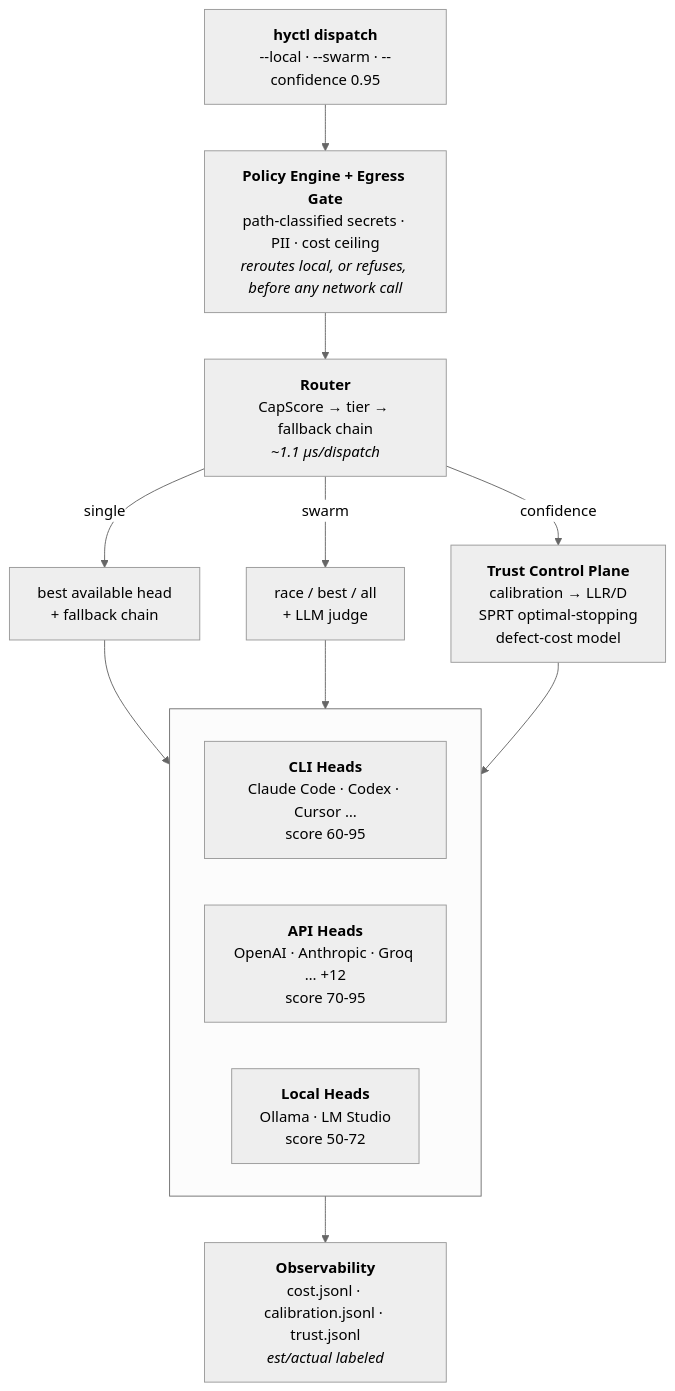
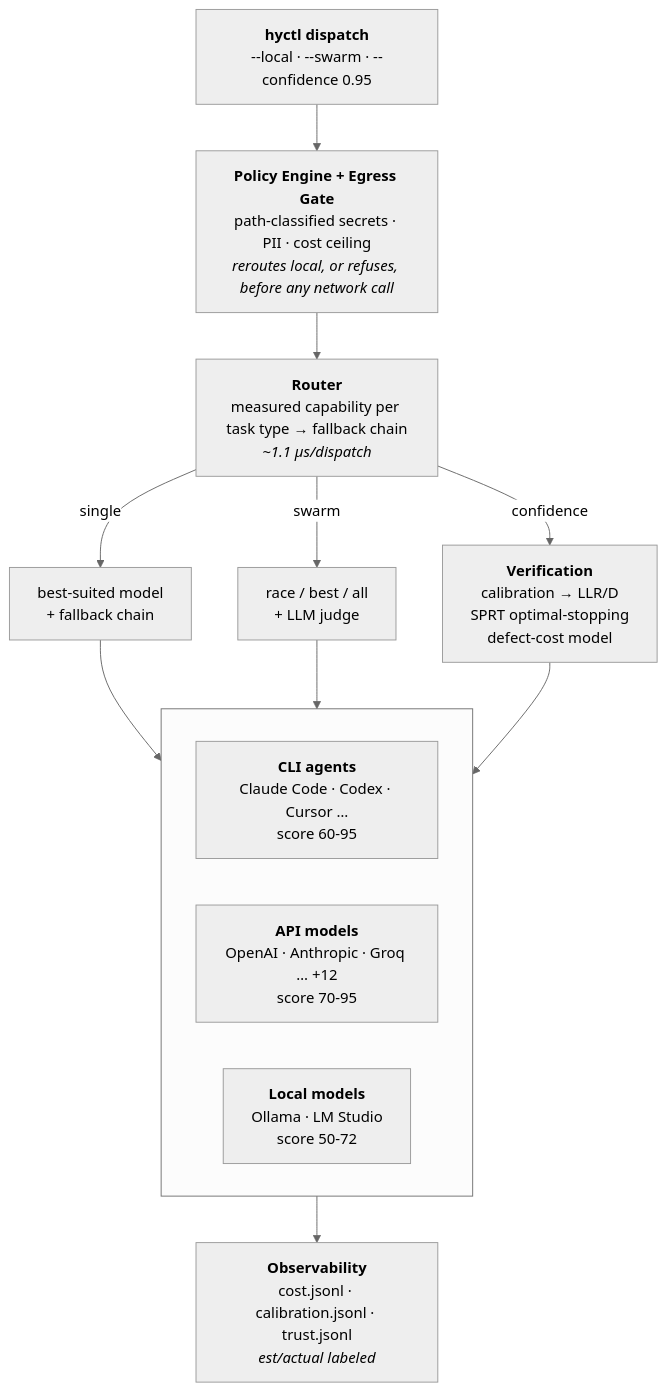
One commit to ankit373/hydra changed the diagram in README.md. Above: the diagram before and after it, drawn with Mermaid (neutral theme). The commit also changed other lines of this file and 39 other files, not shown here.

````diff
--- a/README.md
+++ b/README.md
@@ -78,22 +81,22 @@
 ```mermaid
 flowchart TD
     A["<b>hyctl dispatch</b><br/>--local · --swarm · --confidence 0.95"] --> B
     B["<b>Policy Engine + Egress Gate</b><br/>path-classified secrets · PII · cost ceiling<br/><i>reroutes local, or refuses, before any network call</i>"] --> C
-    C["<b>Router</b><br/>CapScore → tier → fallback chain<br/><i>~1.1 µs/dispatch</i>"]
+    C["<b>Router</b><br/>measured capability per task type → fallback chain<br/><i>~1.1 µs/dispatch</i>"]
 
-    C -->|single| E["best available head<br/>+ fallback chain"]
+    C -->|single| E["best-suited model<br/>+ fallback chain"]
     C -->|swarm| F["race / best / all<br/>+ LLM judge"]
-    C -->|confidence| G["<b>Trust Control Plane</b><br/>calibration → LLR/D<br/>SPRT optimal-stopping<br/>defect-cost model"]
+    C -->|confidence| G["<b>Verification</b><br/>calibration → LLR/D<br/>SPRT optimal-stopping<br/>defect-cost model"]
 
     subgraph Heads [" "]
         direction LR
-        CLI["<b>CLI Heads</b><br/>Claude Code · Codex · Cursor …<br/>score 60-95"]
-        API["<b>API Heads</b><br/>OpenAI · Anthropic · Groq … +12<br/>score 70-95"]
-        LOC["<b>Local Heads</b><br/>Ollama · LM Studio<br/>score 50-72"]
+        CLI["<b>CLI agents</b><br/>Claude Code · Codex · Cursor …<br/>score 60-95"]
+        API["<b>API models</b><br/>OpenAI · Anthropic · Groq … +12<br/>score 70-95"]
+        LOC["<b>Local models</b><br/>Ollama · LM Studio<br/>score 50-72"]
     end
 
     E --> Heads
     F --> Heads
     G --> Heads
     Heads --> J["<b>Observability</b><br/>cost.jsonl · calibration.jsonl · trust.jsonl<br/><i>est/actual labeled</i>"]
 ```
````
